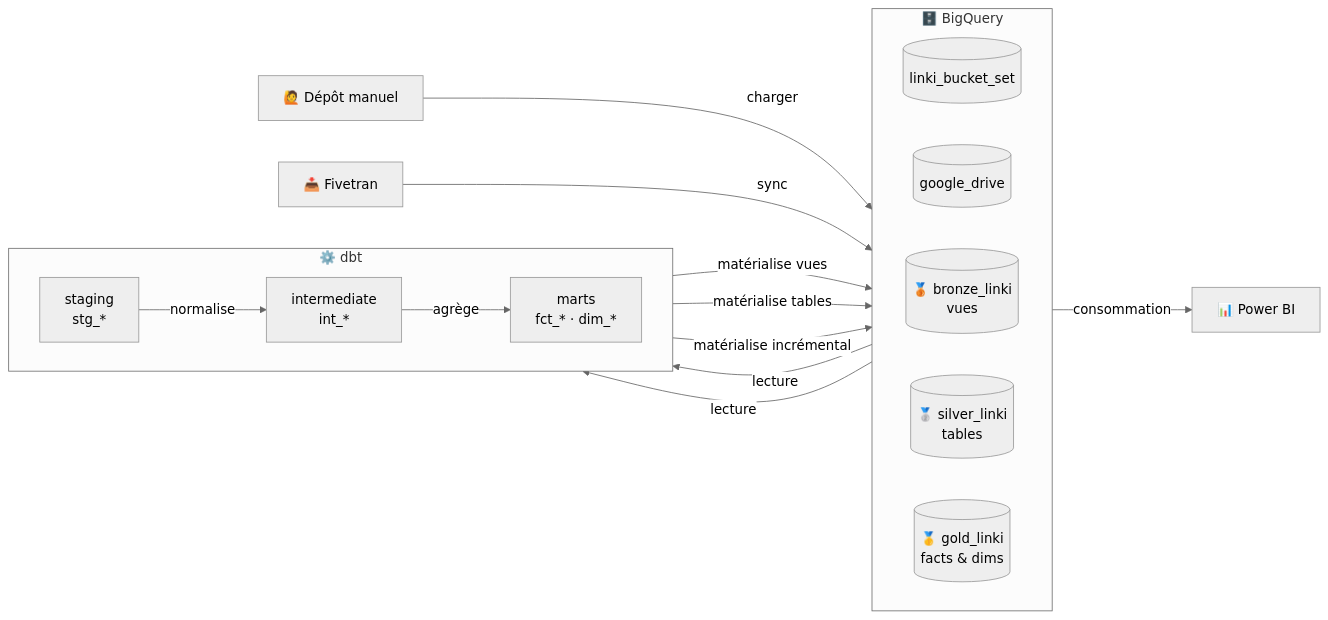
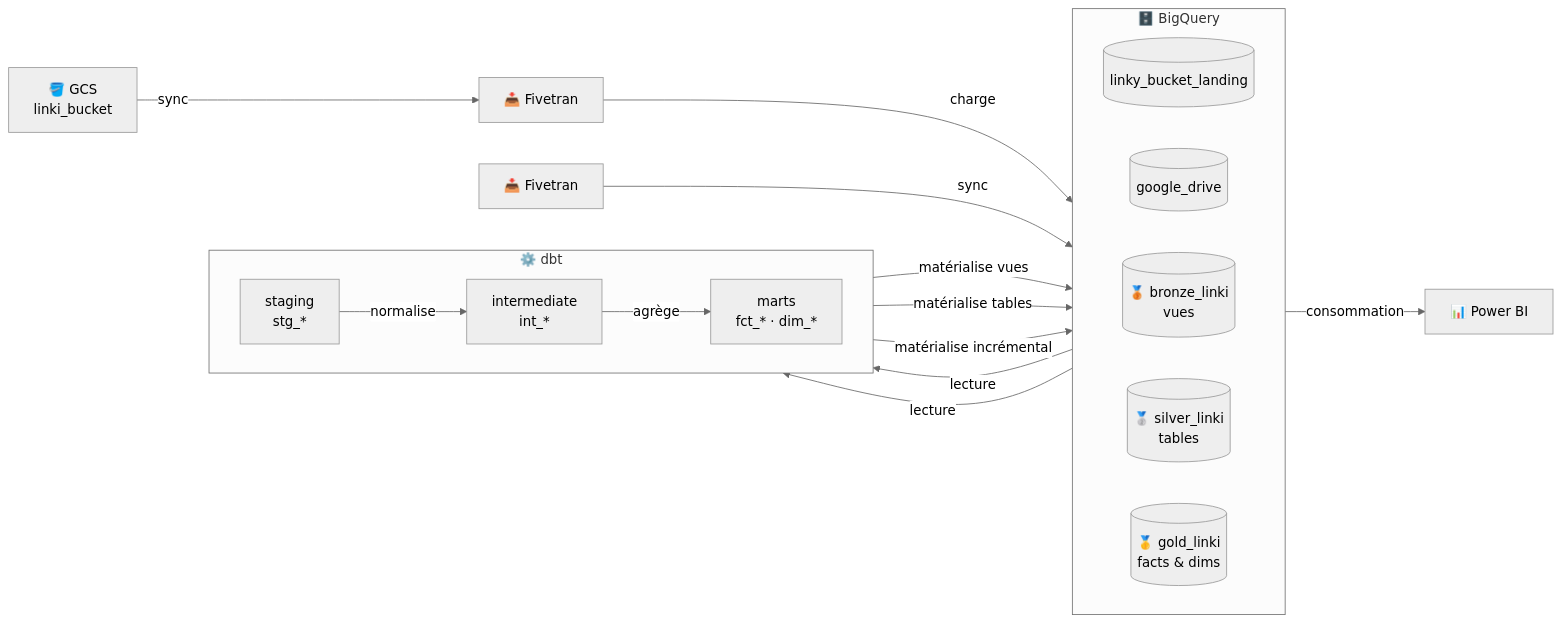
Before and after one commit to ballates/linkyhub_dbt: the first of 3 diagrams in README.md, drawn with Mermaid (neutral theme). The commit also changed other lines of this file and 20 other files, not shown here.

````diff
--- a/README.md
+++ b/README.md
@@ -34,27 +34,28 @@
 ```mermaid
 flowchart LR
-    manuel["🙋 Dépôt manuel"] -->|"charger"| bucket[("linki_bucket_set")]
-    fivetran["📥 Fivetran"] -->|"sync"| gdrive[("google_drive")]
+    gcs["🪣 GCS\nlinki_bucket"] -->|"sync"| fivetran1["📥 Fivetran"]
+    fivetran1 -->|"charge"| landing[("linky_bucket_landing")]
+    fivetran2["📥 Fivetran"] -->|"sync"| gdrive[("google_drive")]
 
     subgraph bq ["🗄️ BigQuery"]
         direction LR
-        bucket
+        landing
         gdrive
         bronze[("🥉 bronze_linki\nvues")]
         silver[("🥈 silver_linki\ntables")]
         gold[("🥇 gold_linki\nfacts & dims")]
     end
 
     subgraph dbt ["⚙️ dbt"]
         direction LR
         stg["staging\nstg_*"] -->|"normalise"| int["intermediate\nint_*"] -->|"agrège"| mart["marts\nfct_* · dim_*"]
     end
 
-    bucket -->|"lecture"| stg
+    landing -->|"lecture"| stg
     gdrive -->|"lecture"| stg
     stg -->|"matérialise vues"| bronze
     int -->|"matérialise tables"| silver
     mart -->|"matérialise incrémental"| gold
 
     gold -->|"consommation"| powerbi["📊 Power BI"]
 ```
````
